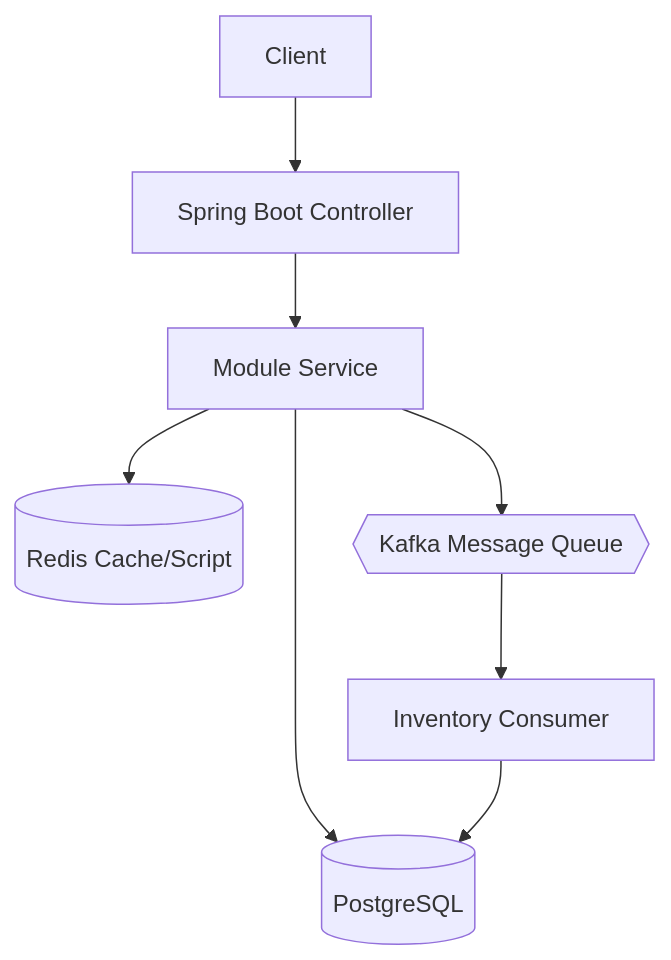
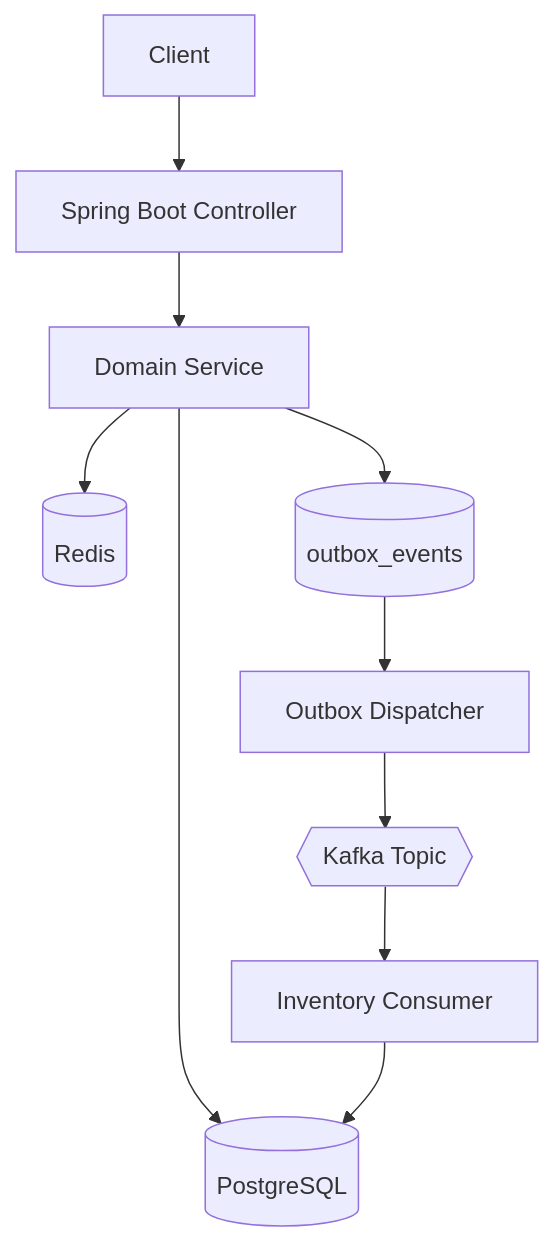
Before and after one commit to dungvt1602/WMS_Backend: the diagram in ARCHITECTURE.md, drawn with Mermaid. The commit also changed other lines of this file, not shown here.

````diff
--- a/ARCHITECTURE.md
+++ b/ARCHITECTURE.md
@@ -21,10 +32,12 @@
 ```mermaid
 graph TD
-    Client --> API_Gateway[Spring Boot Controller]
-    API_Gateway --> Service_Layer[Module Service]
-    Service_Layer --> Redis[(Redis Cache/Script)]
-    Service_Layer --> DB[(PostgreSQL)]
-    Service_Layer --> Kafka{{Kafka Message Queue}}
-    Kafka --> InventoryConsumer[Inventory Consumer]
-    InventoryConsumer --> DB
+    Client --> Controller[Spring Boot Controller]
+    Controller --> Service[Domain Service]
+    Service --> Redis[(Redis)]
+    Service --> Postgres[(PostgreSQL)]
+    Service --> Outbox[(outbox_events)]
+    Outbox --> Dispatcher[Outbox Dispatcher]
+    Dispatcher --> Kafka{{Kafka Topic}}
+    Kafka --> Consumer[Inventory Consumer]
+    Consumer --> Postgres
 ```
````
